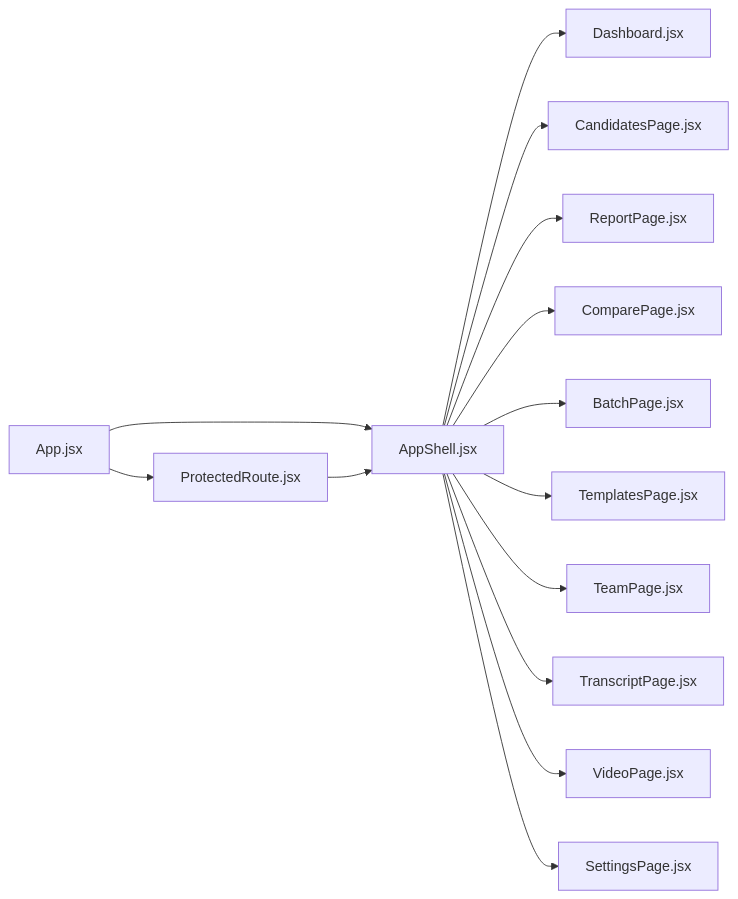
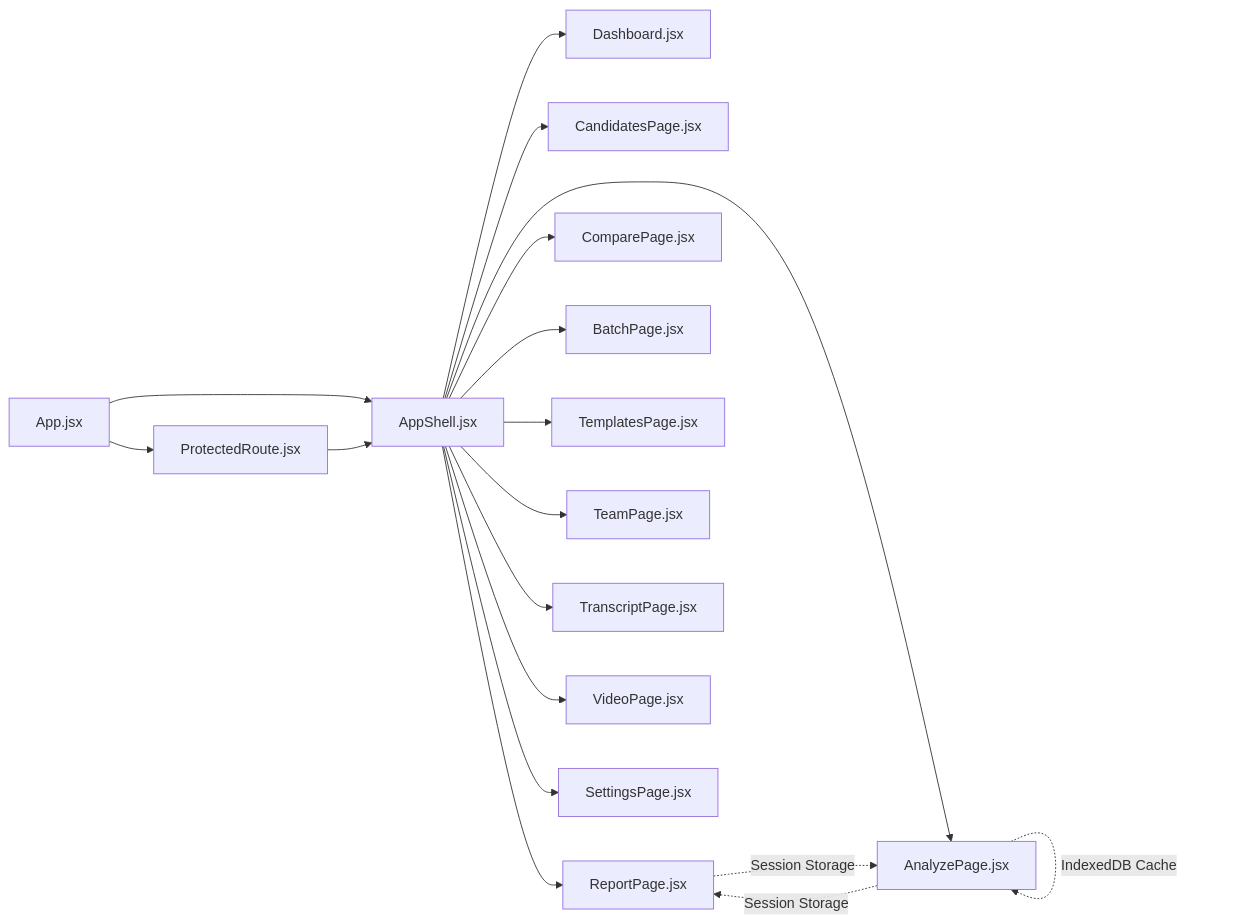
Before and after one commit to Revanththetalogics/aireume: diagram 13 of 13 in .qoder/repowiki/en/content/Frontend Architecture/Page Structure.md, drawn with Mermaid. The commit also changed other lines of this file and 15 other files, not shown here.

````diff
--- a/.qoder/repowiki/en/content/Frontend Architecture/Page Structure.md
+++ b/.qoder/repowiki/en/content/Frontend Architecture/Page Structure.md
@@ -517,16 +574,20 @@
 ```mermaid
 graph LR
 App["App.jsx"] --> PR["ProtectedRoute.jsx"]
 App --> AS["AppShell.jsx"]
 PR --> AS
 AS --> Dash["Dashboard.jsx"]
 AS --> Cand["CandidatesPage.jsx"]
 AS --> Rep["ReportPage.jsx"]
 AS --> Comp["ComparePage.jsx"]
 AS --> Batch["BatchPage.jsx"]
 AS --> Temp["TemplatesPage.jsx"]
 AS --> Team["TeamPage.jsx"]
 AS --> Trans["TranscriptPage.jsx"]
 AS --> Vid["VideoPage.jsx"]
 AS --> Set["SettingsPage.jsx"]
+AS --> Ana["AnalyzePage.jsx"]
+Ana -.->|"Session Storage"| Rep
+Rep -.->|"Session Storage"| Ana
+Ana -.->|"IndexedDB Cache"| Ana
 ```
````
